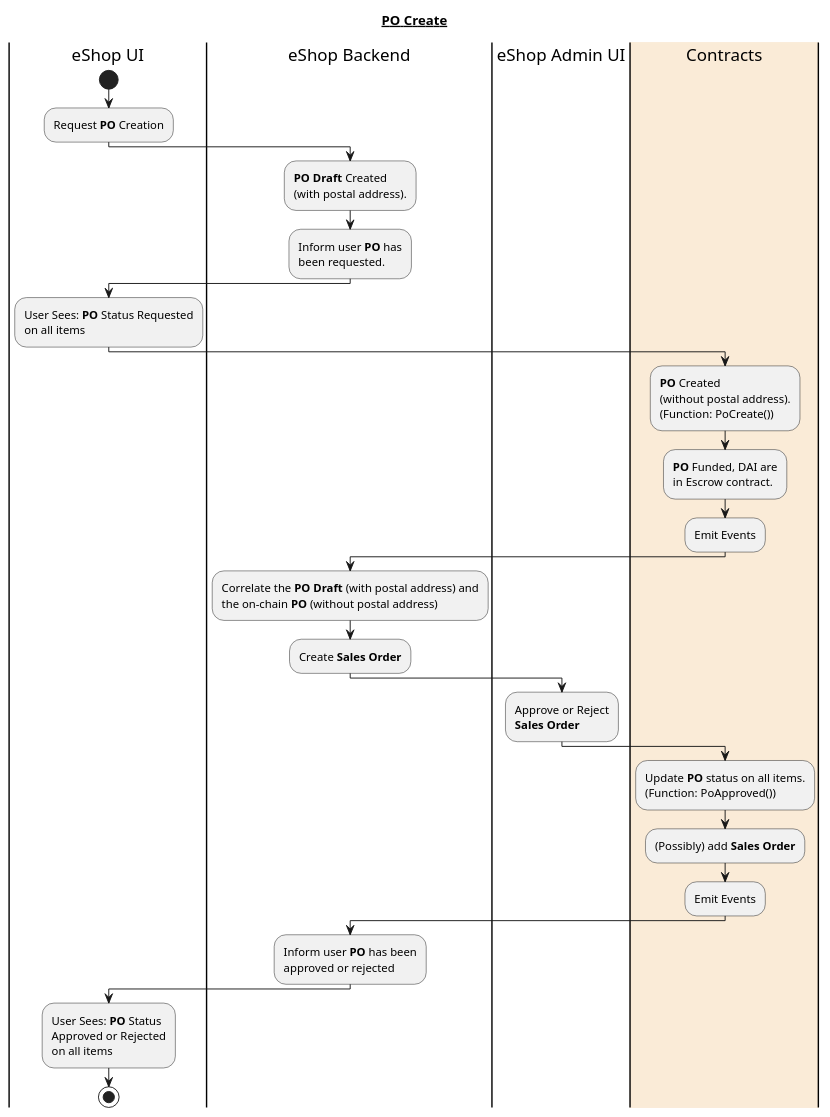
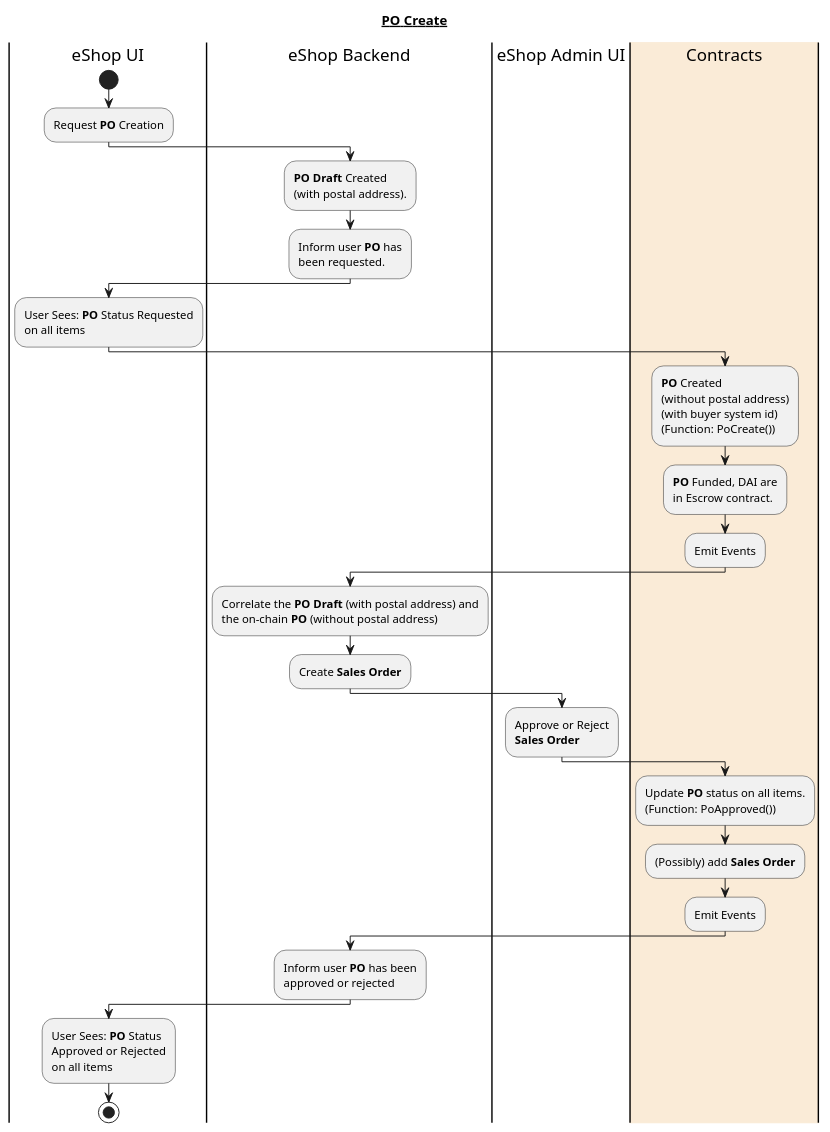
Before and after one commit to Nethereum/Nethereum.eShop: the diagram in resources/wiki/workflows/po_create.puml, drawn with PlantUML. The commit also changed 1 other file, not shown here.

Commit message:
po create workflow added buyer system id

```diff
--- a/resources/wiki/workflows/po_create.puml
+++ b/resources/wiki/workflows/po_create.puml
@@ -2,57 +2,58 @@
 @startuml
 title __PO Create__
 ' Swimlanes
 |eShop UI|
 |eShop Backend|
 |eShop Admin UI|
 |#AntiqueWhite|Contracts| 
 
 |eShop UI|
 start
 :Request **PO** Creation;
 
 |eShop Backend|
 :**PO Draft** Created
 (with postal address).;
 :Inform user **PO** has
 been requested.;
 
 |eShop UI|
 :User Sees: **PO** Status Requested
 on all items;
 
 |Contracts| 
 :**PO** Created
-(without postal address).
+(without postal address)
+(with buyer system id)
 (Function: PoCreate());
 :**PO** Funded, DAI are
 in Escrow contract.;
 :Emit Events; 
 
 |eShop Backend|
 :Correlate the **PO Draft** (with postal address) and
 the on-chain **PO** (without postal address);
 :Create **Sales Order**;
 
 |eShop Admin UI|
 :Approve or Reject
 **Sales Order**;
 
 |Contracts|
 :Update **PO** status on all items.
 (Function: PoApproved());
 :(Possibly) add **Sales Order**;
 :Emit Events;
 
 |eShop Backend|
 :Inform user **PO** has been
 approved or rejected;
 
 |eShop UI|
 :User Sees: **PO** Status
 Approved or Rejected
 on all items;
 
 stop
 
 @enduml
```
